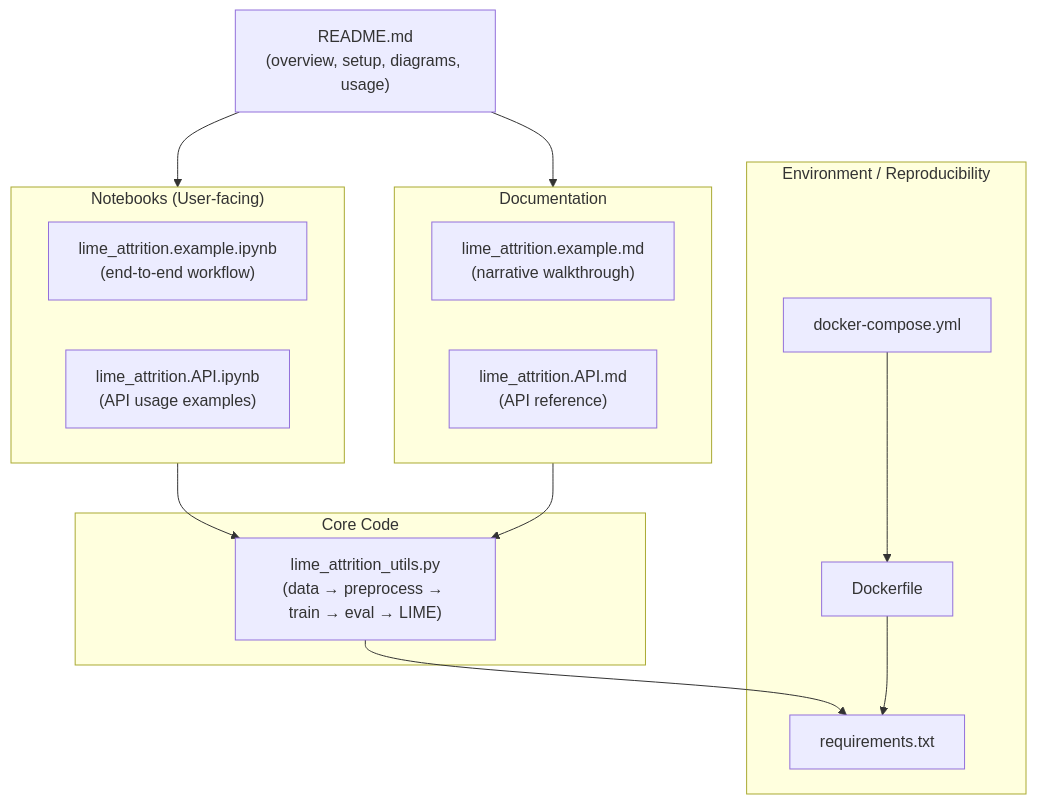
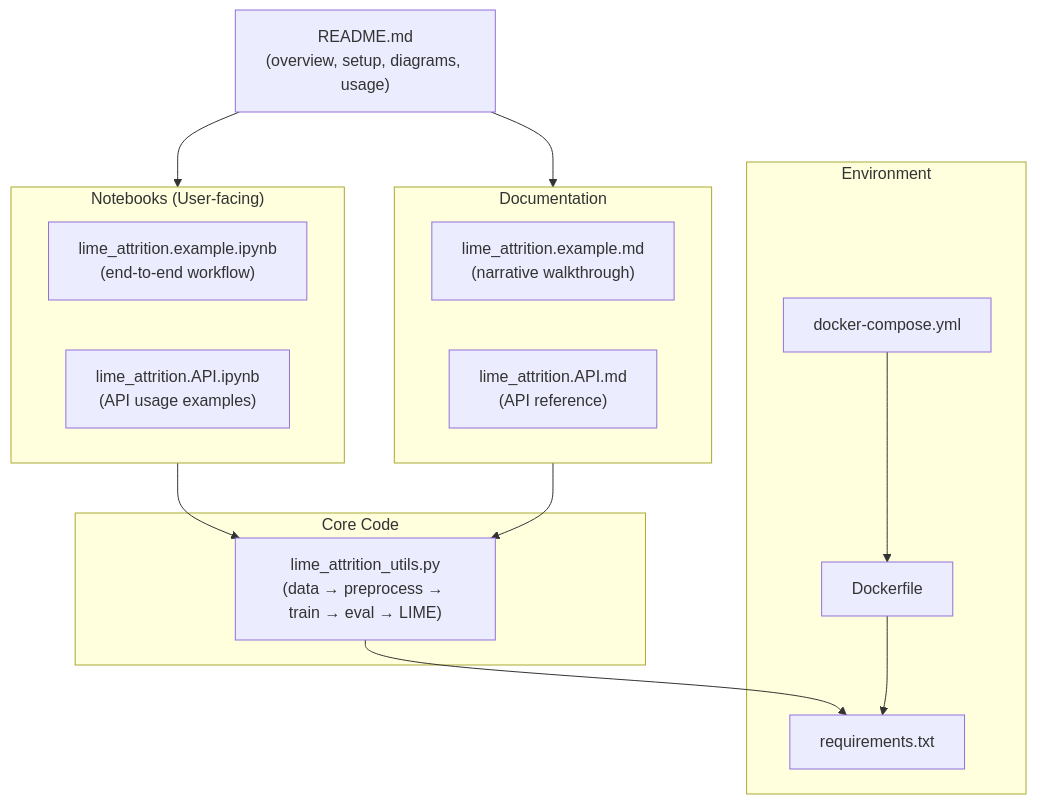
One commit to gpsaggese/gpsaggese.github.io changed the first of 3 diagrams in class_project/MSML610/Fall2025/Projects/UmdTask62_Fall2025_LIME_Employee_Attrition_Prediction/README.md. Above: the diagram before and after it, drawn with Mermaid. The commit also changed other lines of this file, not shown here.

````diff
--- a/class_project/MSML610/Fall2025/Projects/UmdTask62_Fall2025_LIME_Employee_Attrition_Prediction/README.md
+++ b/class_project/MSML610/Fall2025/Projects/UmdTask62_Fall2025_LIME_Employee_Attrition_Prediction/README.md
@@ -186,32 +186,32 @@
 ```mermaid
 flowchart TB
   R["README.md<br/>(overview, setup, diagrams, usage)"]
 
   subgraph NB["Notebooks (User-facing)"]
     N1["lime_attrition.example.ipynb<br/>(end-to-end workflow)"]
     N2["lime_attrition.API.ipynb<br/>(API usage examples)"]
   end
 
   subgraph DOC["Documentation"]
     D1["lime_attrition.example.md<br/>(narrative walkthrough)"]
     D2["lime_attrition.API.md<br/>(API reference)"]
   end
 
   subgraph CORE["Core Code"]
     U1["lime_attrition_utils.py<br/>(data → preprocess → train → eval → LIME)"]
   end
 
-  subgraph ENV["Environment / Reproducibility"]
+  subgraph ENV["Environment"]
     E1["requirements.txt"]
     E2["Dockerfile"]
     E3["docker-compose.yml"]
   end
 
   R --> NB
   R --> DOC
   NB --> U1
   DOC --> U1
   U1 --> E1
   E2 --> E1
   E3 --> E2
 ```
````
